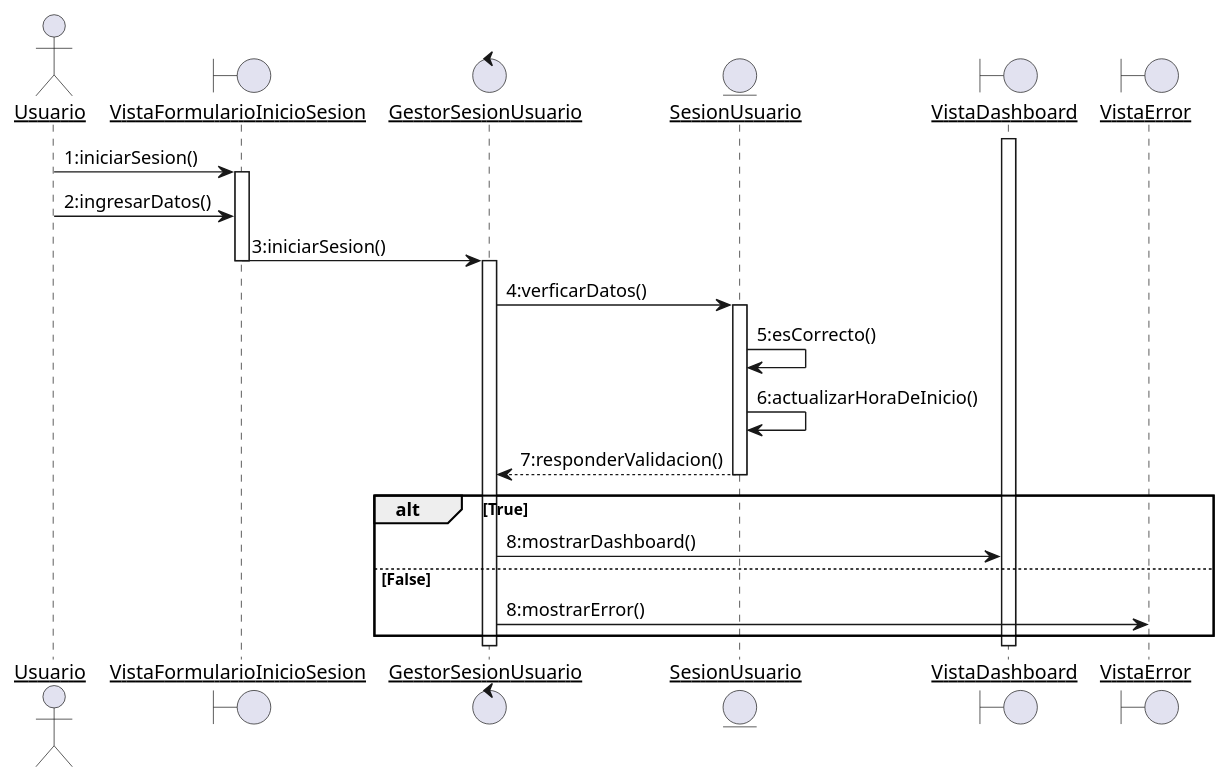
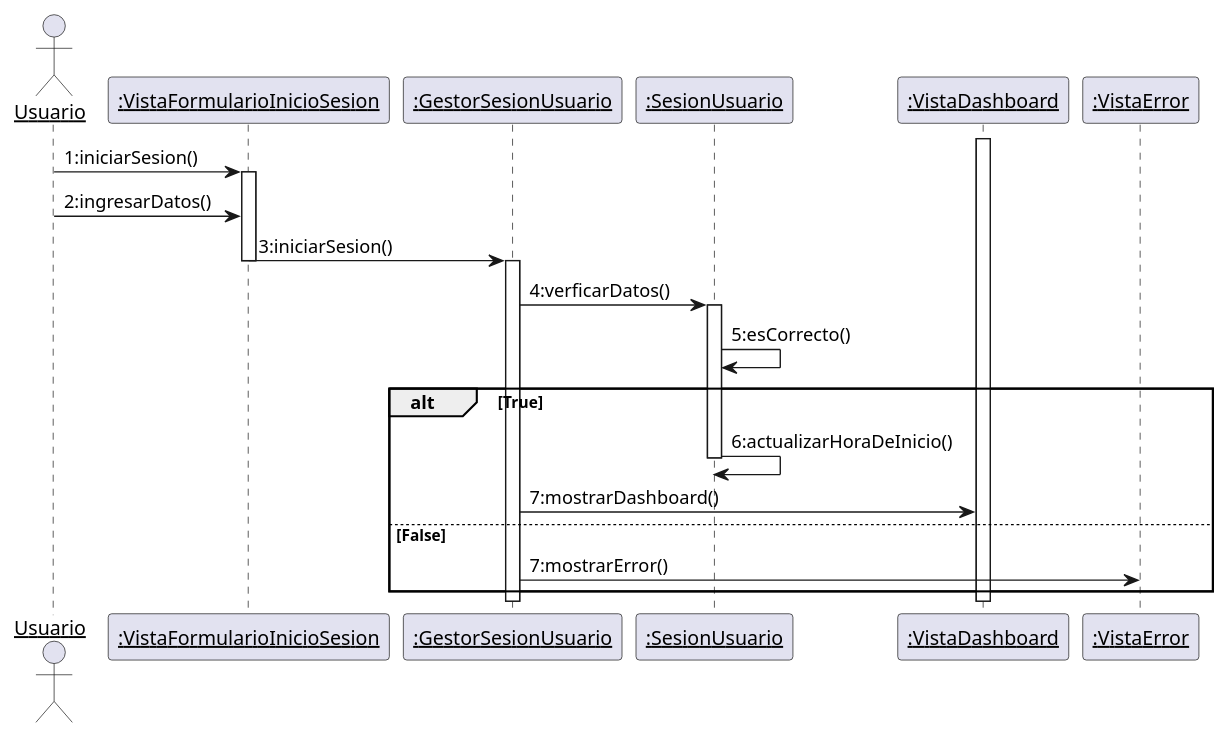
One commit to Samantha-Ramirez/ProyectoEquipo7ING changed the diagram in docs/scenariosView/DisciplinaDeDisenio/DiagramaDeSecuenciaIniciarSesion.plantUML. Above: the diagram before and after it, drawn with PlantUML. The commit also changed 13 other files, not shown here.

```diff
--- a/docs/scenariosView/DisciplinaDeDisenio/DiagramaDeSecuenciaIniciarSesion.plantUML
+++ b/docs/scenariosView/DisciplinaDeDisenio/DiagramaDeSecuenciaIniciarSesion.plantUML
@@ -1,33 +1,32 @@
 @startuml DiagramaDeSecuenciaIniciarSesion
 skinparam sequenceParticipant underline
 
 actor Usuario as user
-boundary VistaFormularioInicioSesion
-control GestorSesionUsuario
-entity SesionUsuario
-boundary VistaDashboard
-boundary VistaError
+participant ":VistaFormularioInicioSesion" as VistaFormularioInicioSesion
+participant ":GestorSesionUsuario" as GestorSesionUsuario
+participant ":SesionUsuario" as SesionUsuario
+participant ":VistaDashboard" as VistaDashboard
+participant ":VistaError" as VistaError
 
 
 user -> VistaFormularioInicioSesion : 1:iniciarSesion()
 activate VistaFormularioInicioSesion
 user -> VistaFormularioInicioSesion : 2:ingresarDatos()
 VistaFormularioInicioSesion -> GestorSesionUsuario : 3:iniciarSesion()
 deactivate VistaFormularioInicioSesion
 activate GestorSesionUsuario
 GestorSesionUsuario -> SesionUsuario : 4:verficarDatos()
 activate SesionUsuario
 SesionUsuario -> SesionUsuario : 5:esCorrecto()
+alt True
 SesionUsuario -> SesionUsuario : 6:actualizarHoraDeInicio()
-SesionUsuario --> GestorSesionUsuario : 7:responderValidacion()
 deactivate SesionUsuario
-alt True
-GestorSesionUsuario -> VistaDashboard : 8:mostrarDashboard()
+GestorSesionUsuario -> VistaDashboard : 7:mostrarDashboard()
 else False
-GestorSesionUsuario -> VistaError : 8:mostrarError()
+GestorSesionUsuario -> VistaError : 7:mostrarError()
 end
 deactivate GestorSesionUsuario
 activate VistaDashboard
 deactivate VistaDashboard
 
 @enduml
```
